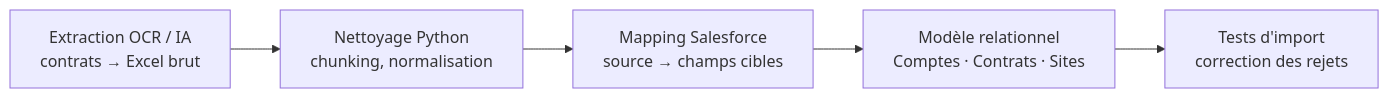
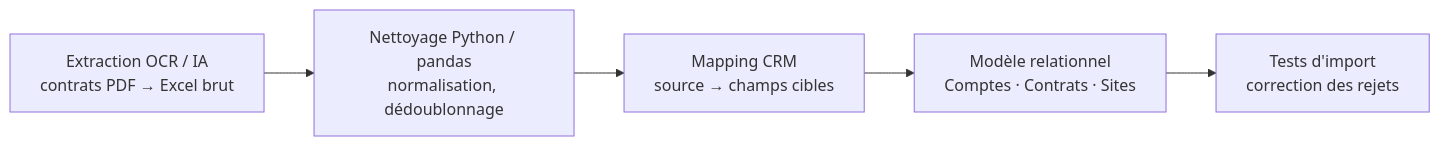
The first of 3 diagrams in README.md (Janaud14/etude-de-cas-migration-salesforce), drawn with Mermaid before and after one commit. The commit also changed other lines of this file, not shown here.

````diff
--- a/README.md
+++ b/README.md
@@ -36,7 +20,7 @@
 ```mermaid
 flowchart LR
-  A["Extraction OCR / IA<br/>contrats → Excel brut"] --> B["Nettoyage Python<br/>chunking, normalisation"]
-  B --> C["Mapping Salesforce<br/>source → champs cibles"]
+  A["Extraction OCR / IA<br/>contrats PDF → Excel brut"] --> B["Nettoyage Python / pandas<br/>normalisation, dédoublonnage"]
+  B --> C["Mapping CRM<br/>source → champs cibles"]
   C --> D["Modèle relationnel<br/>Comptes · Contrats · Sites"]
   D --> E["Tests d'import<br/>correction des rejets"]
 ```
````
